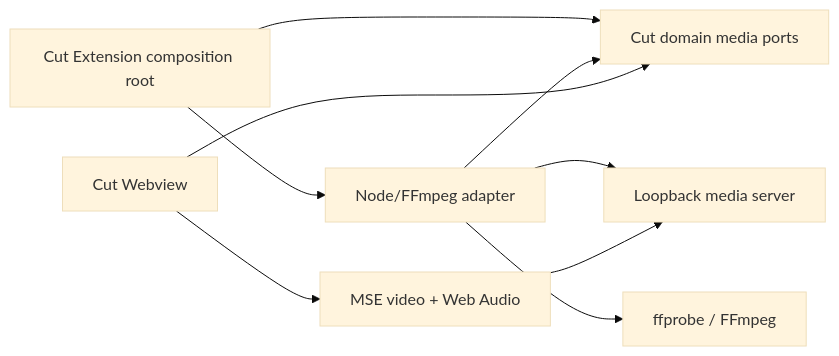
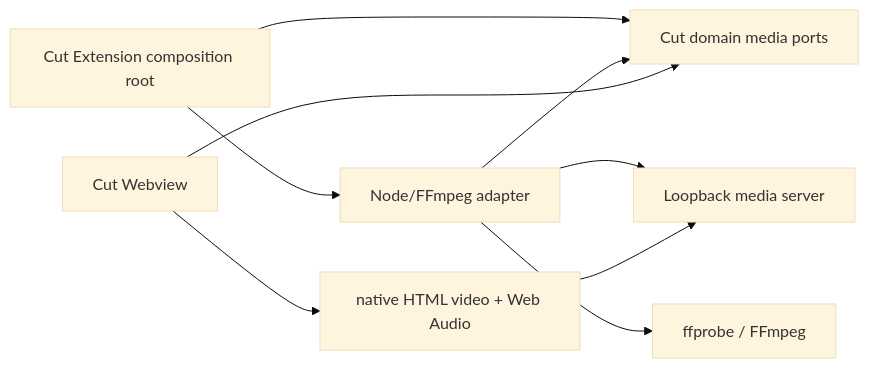
Before and after one commit to OpenNekoPaw/OpenNeko: the diagram in openspec/changes/replace-cut-engine-with-node-ffmpeg-runtime/design.md, drawn with Mermaid (base theme). The commit also changed other lines of this file and 21 other files, not shown here.

````diff
--- a/openspec/changes/replace-cut-engine-with-node-ffmpeg-runtime/design.md
+++ b/openspec/changes/replace-cut-engine-with-node-ffmpeg-runtime/design.md
@@ -20,19 +21,19 @@
 ```mermaid
 flowchart LR
   CutDomain["Cut domain media ports"]
   Extension["Cut Extension composition root"]
   Adapter["Node/FFmpeg adapter"]
   Server["Loopback media server"]
   Webview["Cut Webview"]
-  Browser["MSE video + Web Audio"]
+  Browser["native HTML video + Web Audio"]
   Ffmpeg["ffprobe / FFmpeg"]
 
   Extension --> CutDomain
   Extension --> Adapter
   Adapter --> CutDomain
   Adapter --> Server
   Adapter --> Ffmpeg
   Webview --> CutDomain
   Webview --> Browser
   Browser --> Server
 ```
````
